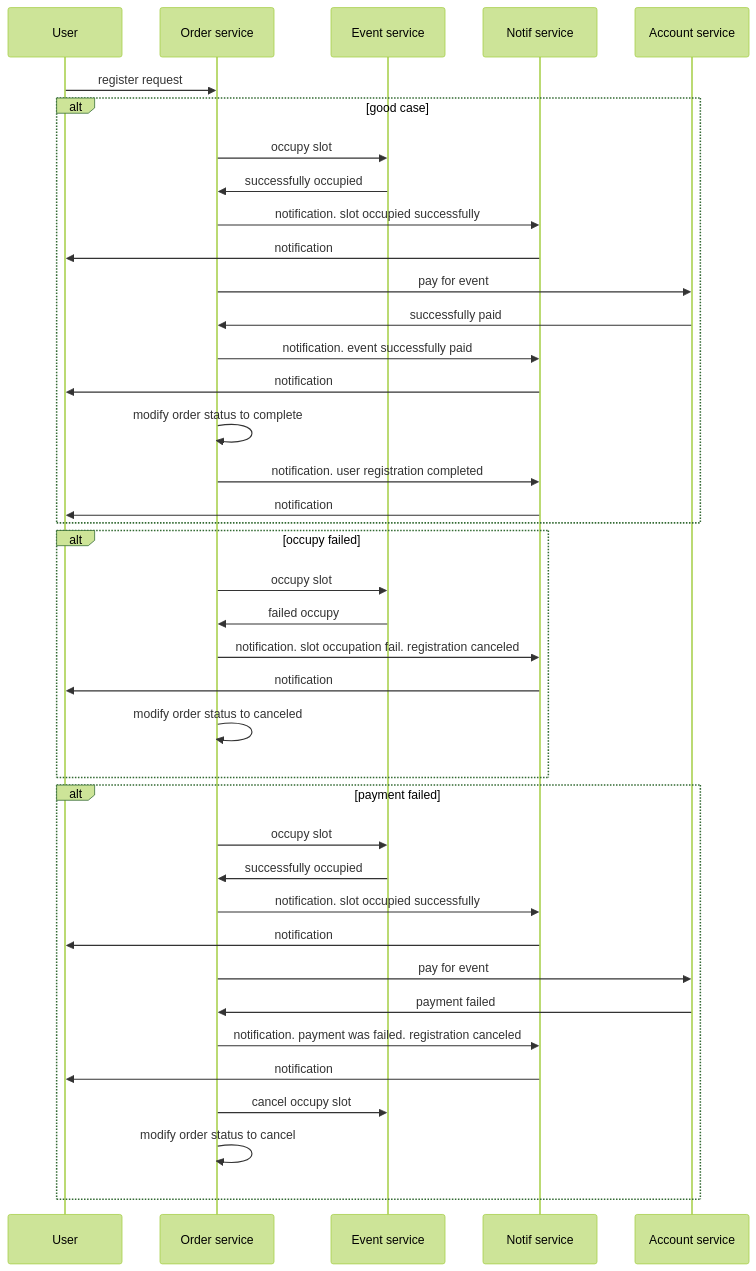
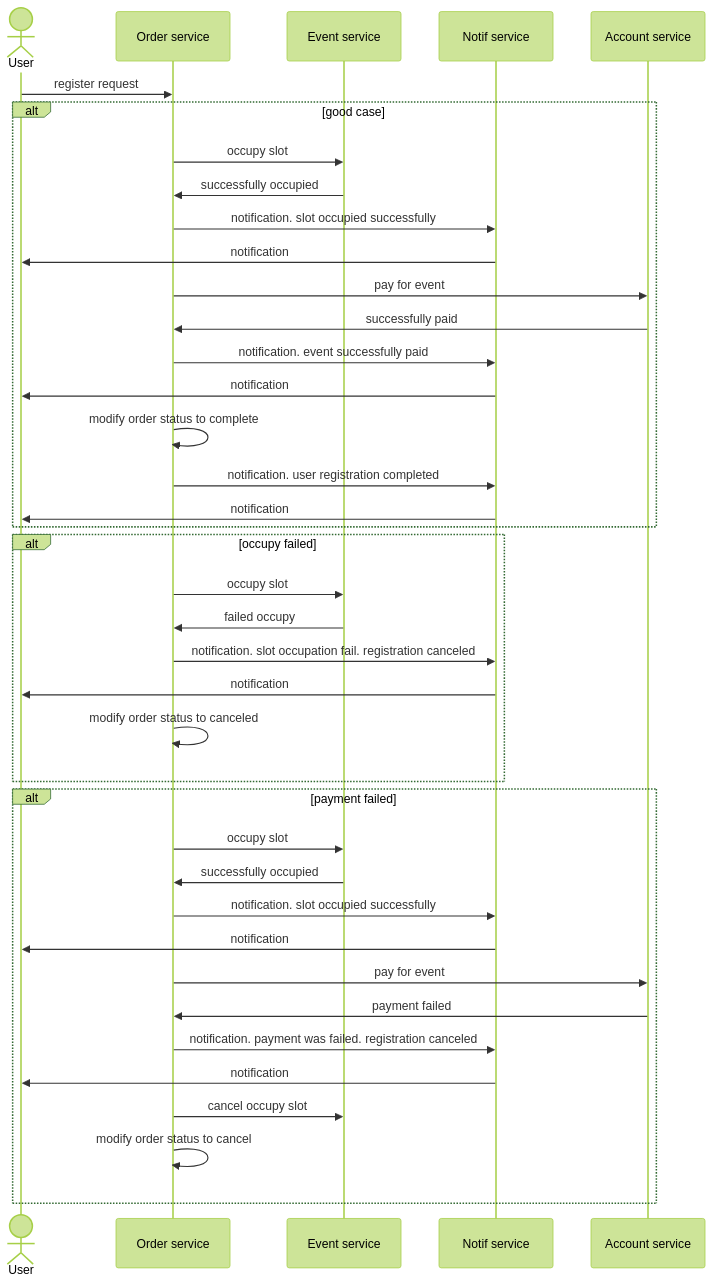
One commit to xost/otus-proj changed the diagram in README.md. Above: the diagram before and after it, drawn with Mermaid (forest theme).

````diff
--- a/README.md
+++ b/README.md
@@ -133,37 +133,38 @@
 ```mermaid
 %% регистрация на мероприятие
     sequenceDiagram
+        actor User
         User ->> Order service: register request
         alt good case
         Order service ->> Event service: occupy slot
         Event service ->> Order service: successfully occupied
         Order service ->> Notif service: notification. slot occupied successfully
         Notif service ->> User: notification
         Order service ->> Account service: pay for event
         Account service ->> Order service: successfully paid
         Order service ->> Notif service: notification. event successfully paid
         Notif service ->> User: notification
         Order service ->> Order service: modify order status to complete
         Order service ->> Notif service: notification. user registration completed
         Notif service ->> User: notification
         end
         alt occupy failed
         Order service ->> Event service: occupy slot
         Event service ->> Order service: failed occupy
         Order service ->> Notif service: notification. slot occupation fail. registration canceled
         Notif service ->> User: notification
         Order service ->> Order service: modify order status to canceled
         end
         alt payment failed
         Order service ->> Event service: occupy slot
         Event service ->> Order service: successfully occupied
         Order service ->> Notif service: notification. slot occupied successfully
         Notif service ->> User: notification
         Order service ->> Account service: pay for event
         Account service ->> Order service: payment failed
         Order service ->> Notif service: notification. payment was failed. registration canceled
         Notif service ->> User: notification
         Order service ->> Event service: cancel occupy slot
         Order service ->> Order service: modify order status to cancel
         end
 ```
````
